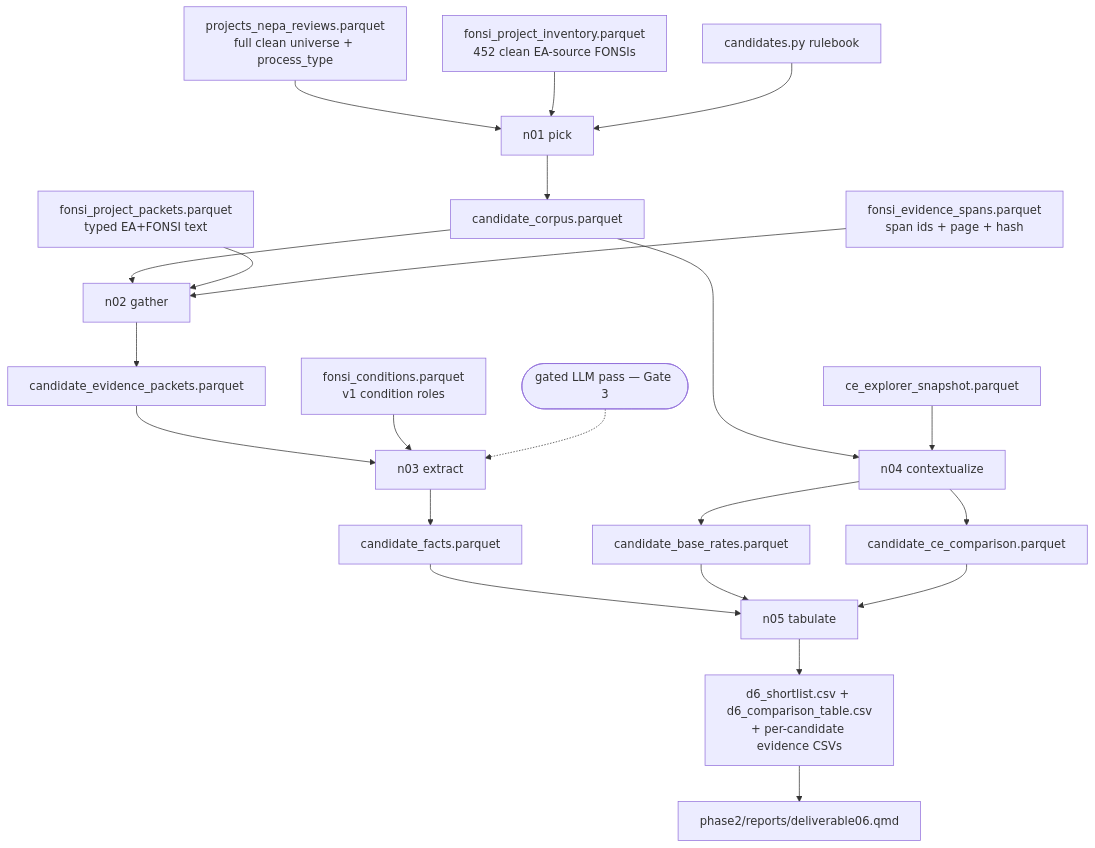
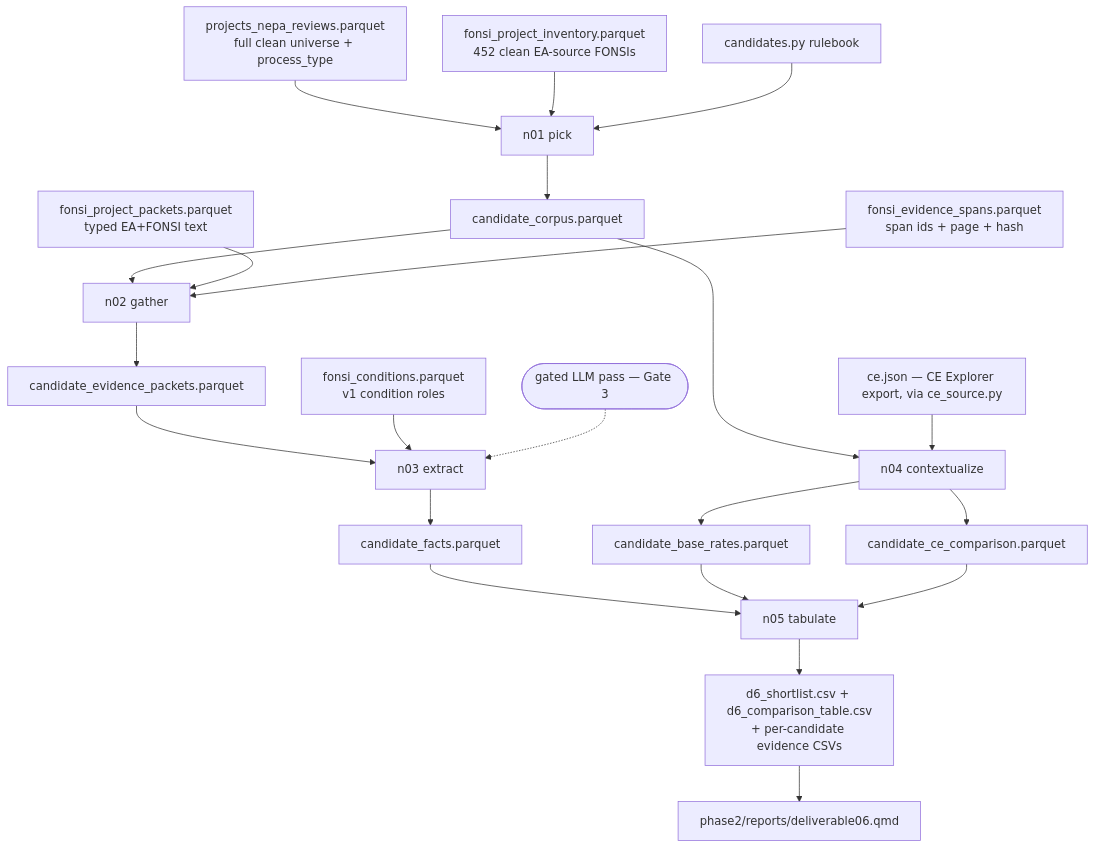
Before and after one commit to kaseyzapatka/nepa: the diagram in phase2/architecture/deliverables/deliverable06.md, drawn with Mermaid. The commit also changed other lines of this file and 6 other files, not shown here.

First line of the commit message:
[D6] switch existing-CE source from xlsx to ce.json; rewire catalog + crosswalk

````diff
--- a/phase2/architecture/deliverables/deliverable06.md
+++ b/phase2/architecture/deliverables/deliverable06.md
@@ -96,28 +96,28 @@
 ```mermaid
 flowchart TD
     R[projects_nepa_reviews.parquet<br/>full clean universe + process_type] --> N1[n01 pick]
     I[fonsi_project_inventory.parquet<br/>452 clean EA-source FONSIs] --> N1
     CFG[candidates.py rulebook] --> N1
     N1 --> C[candidate_corpus.parquet]
 
     C --> N2[n02 gather]
     P[fonsi_project_packets.parquet<br/>typed EA+FONSI text] --> N2
     S[fonsi_evidence_spans.parquet<br/>span ids + page + hash] --> N2
     N2 --> EV[candidate_evidence_packets.parquet]
 
     EV --> N3[n03 extract]
     COND[fonsi_conditions.parquet<br/>v1 condition roles] --> N3
     LLM([gated LLM pass — Gate 3]) -.-> N3
     N3 --> F[candidate_facts.parquet]
 
     C --> N4[n04 contextualize]
-    CE[ce_explorer_snapshot.parquet] --> N4
+    CE[ce.json — CE Explorer export, via ce_source.py] --> N4
     N4 --> BR[candidate_base_rates.parquet]
     N4 --> XC[candidate_ce_comparison.parquet]
 
     F --> N5[n05 tabulate]
     BR --> N5
     XC --> N5
     N5 --> OUT[d6_shortlist.csv + d6_comparison_table.csv<br/>+ per-candidate evidence CSVs]
     OUT --> QMD[phase2/reports/deliverable06.qmd]
 ```
````
